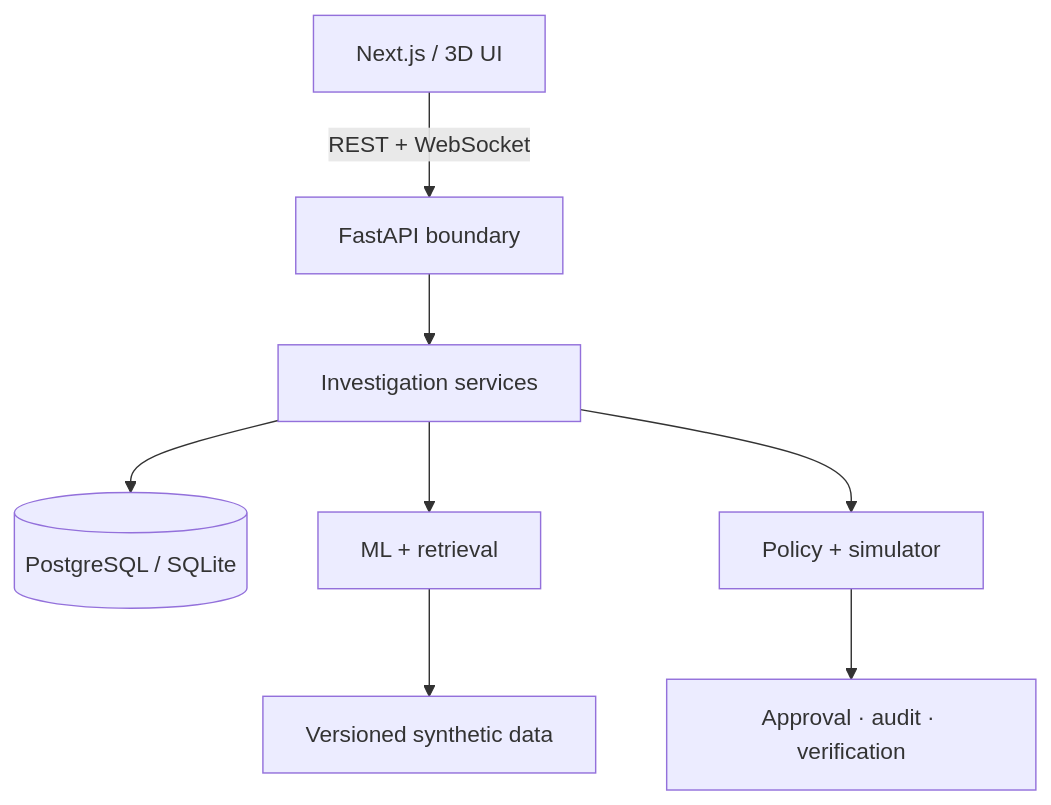
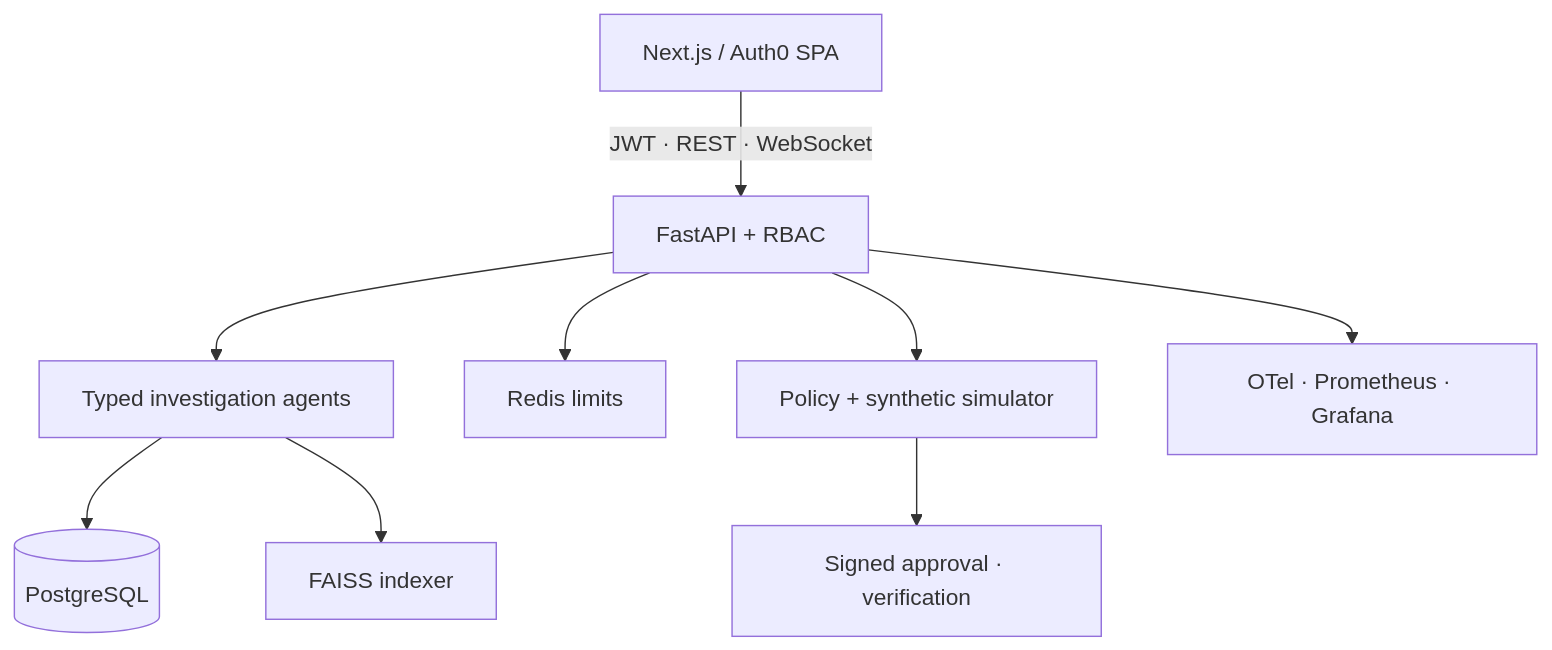
The first of 2 diagrams in README.md (aahanaahir22/opsassist-ai), drawn with Mermaid before and after one commit. The commit also changed other lines of this file and 165 other files, not shown here.

Commit message:
feat: production hardening with Auth0, OpenAI, FAISS and observability

````diff
--- a/README.md
+++ b/README.md
@@ -27,10 +28,11 @@
 ```mermaid
 flowchart TD
-  UI["Next.js / 3D UI"] -->|REST + WebSocket| API["FastAPI boundary"]
-  API --> CORE["Investigation services"]
-  CORE --> DB[("PostgreSQL / SQLite")]
-  CORE --> ML["ML + retrieval"]
-  CORE --> SAFE["Policy + simulator"]
-  ML --> DATA["Versioned synthetic data"]
-  SAFE --> AUDIT["Approval · audit · verification"]
+  UI["Next.js / Auth0 SPA"] -->|JWT · REST · WebSocket| API["FastAPI + RBAC"]
+  API --> CORE["Typed investigation agents"]
+  CORE --> DB[("PostgreSQL")]
+  CORE --> RAG["FAISS indexer"]
+  API --> REDIS["Redis limits"]
+  API --> SAFE["Policy + synthetic simulator"]
+  API --> OBS["OTel · Prometheus · Grafana"]
+  SAFE --> AUDIT["Signed approval · verification"]
 ```
````
